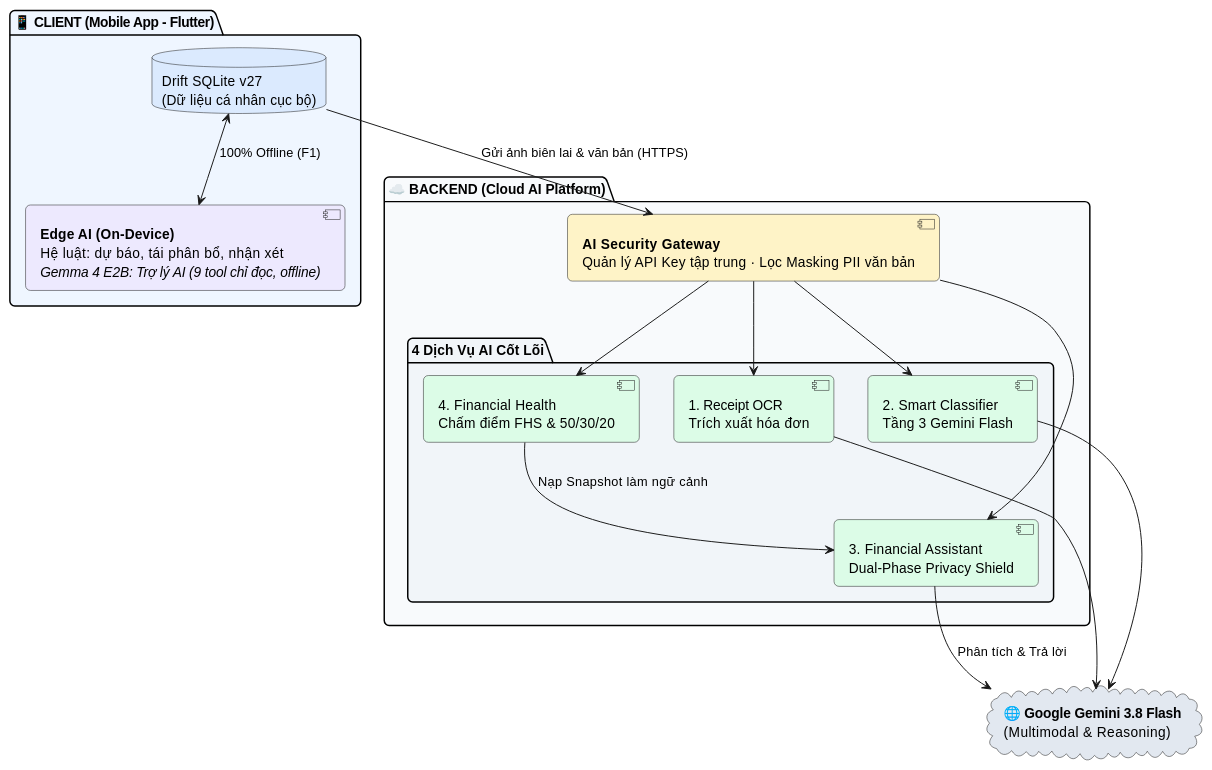
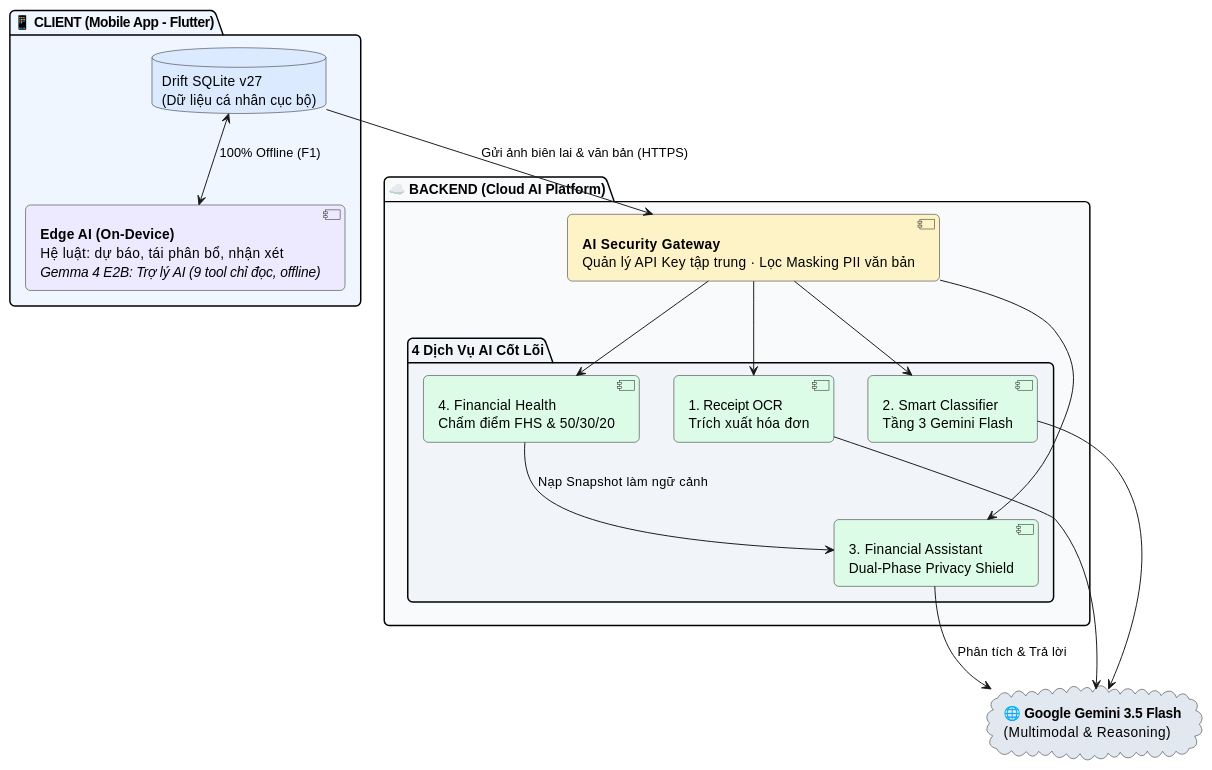
The second of 2 diagrams in docs/AI/AI_ARCHITECTURE_DIAGRAM.md (NguyenPhuBao/ManagementFinance), drawn with PlantUML before and after one commit. The commit also changed other lines of this file and 12 other files, not shown here.

First line of the commit message:
docs: trang kết quả thanh toán, tên miền Admin-web, Gemini 3.5 Flash

````diff
--- a/docs/AI/AI_ARCHITECTURE_DIAGRAM.md
+++ b/docs/AI/AI_ARCHITECTURE_DIAGRAM.md
@@ -52,39 +52,39 @@
 ```plantuml
 @startuml
 skinparam backgroundColor #FFFFFF
 skinparam roundCorner 10
 skinparam defaultFontName Arial
 skinparam shadowing false
 
 package "📱 CLIENT (Mobile App - Flutter)" #EFF6FF {
   database "Drift SQLite v27\n(Dữ liệu cá nhân cục bộ)" as LocalDB #DBEAFE
   component "<b>Edge AI (On-Device)</b>\nHệ luật: dự báo, tái phân bổ, nhận xét\n<i>Gemma 4 E2B: Trợ lý AI (9 tool chỉ đọc, offline)</i>" as EdgeAI #EDE9FE
   LocalDB <--> EdgeAI : 100% Offline (F1)
 }
 
 package "☁️ BACKEND (Cloud AI Platform)" #F8FAFC {
   component "<b>AI Security Gateway</b>\nQuản lý API Key tập trung · Lọc Masking PII văn bản" as Gateway #FEF3C7
   
   package "4 Dịch Vụ AI Cốt Lõi" #F1F5F9 {
     [1. Receipt OCR\nTrích xuất hóa đơn] as OCR #DCFCE7
     [2. Smart Classifier\nTầng 3 Gemini Flash] as Classify #DCFCE7
     [3. Financial Assistant\nDual-Phase Privacy Shield] as Chat #DCFCE7
     [4. Financial Health\nChấm điểm FHS & 50/30/20] as Health #DCFCE7
   }
   
   Gateway --> OCR
   Gateway --> Classify
   Gateway --> Chat
   Gateway --> Health
 }
 
-cloud "<b>🌐 Google Gemini 3.8 Flash</b>\n(Multimodal & Reasoning)" as Gemini #E2E8F0
+cloud "<b>🌐 Google Gemini 3.5 Flash</b>\n(Multimodal & Reasoning)" as Gemini #E2E8F0
 
 LocalDB --> Gateway : Gửi ảnh biên lai & văn bản (HTTPS)
 OCR --> Gemini
 Classify --> Gemini
 Health --> Chat : Nạp Snapshot làm ngữ cảnh
 Chat --> Gemini : Phân tích & Trả lời
 
 @enduml
 ```
````
